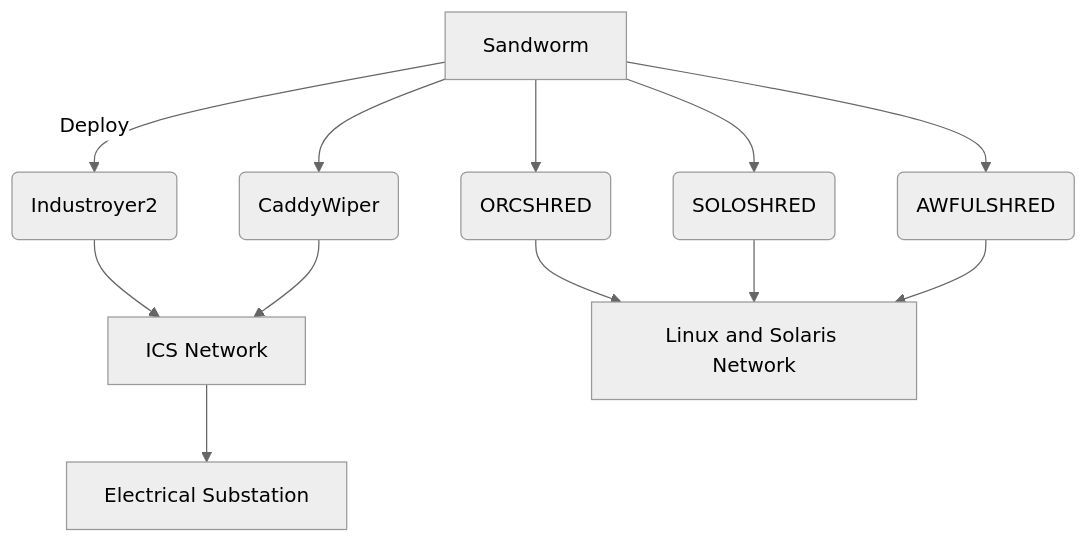
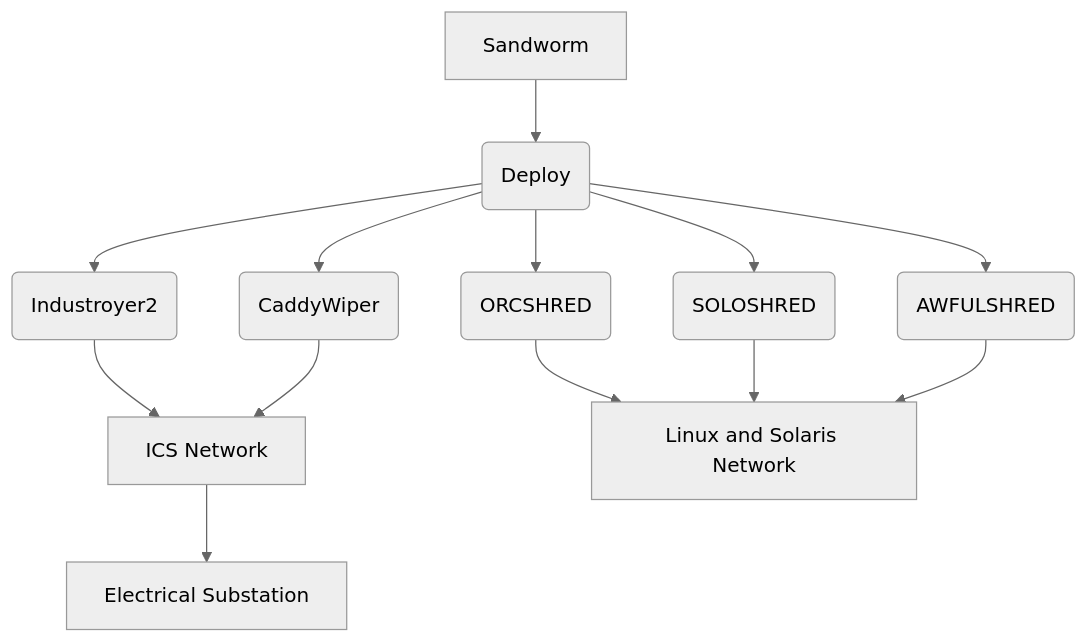
Before and after one commit to r648r/OT-ICS: the diagram in TP1-ICS.md, drawn with Mermaid (neutral theme). The commit also changed other lines of this file, not shown here.

Commit message:
:bug: Fuck

````diff
--- a/TP1-ICS.md
+++ b/TP1-ICS.md
@@ -159,17 +159,19 @@
 ```mermaid
 graph TD
-    A[Sandworm] -->|Deploy| B(Industroyer2)
-    A --> C(CaddyWiper)
-    A --> D(ORCSHRED)
-    A --> E(SOLOSHRED)
-    A --> F(AWFULSHRED)
+    A[Sandworm] --> B(Deploy)
+
+
+    B --> C(CaddyWiper)
+    B --> D(ORCSHRED)
+    B --> E(SOLOSHRED)
+    B --> F(AWFULSHRED)
+    B --> K(Industroyer2)
     
-    B --> G[ICS Network]
+    K --> G[ICS Network]
     C --> G
     G --> H[Electrical Substation]
 
     D --> I[Linux and Solaris Network]
     E --> I
     F --> I
-
 ```
````
